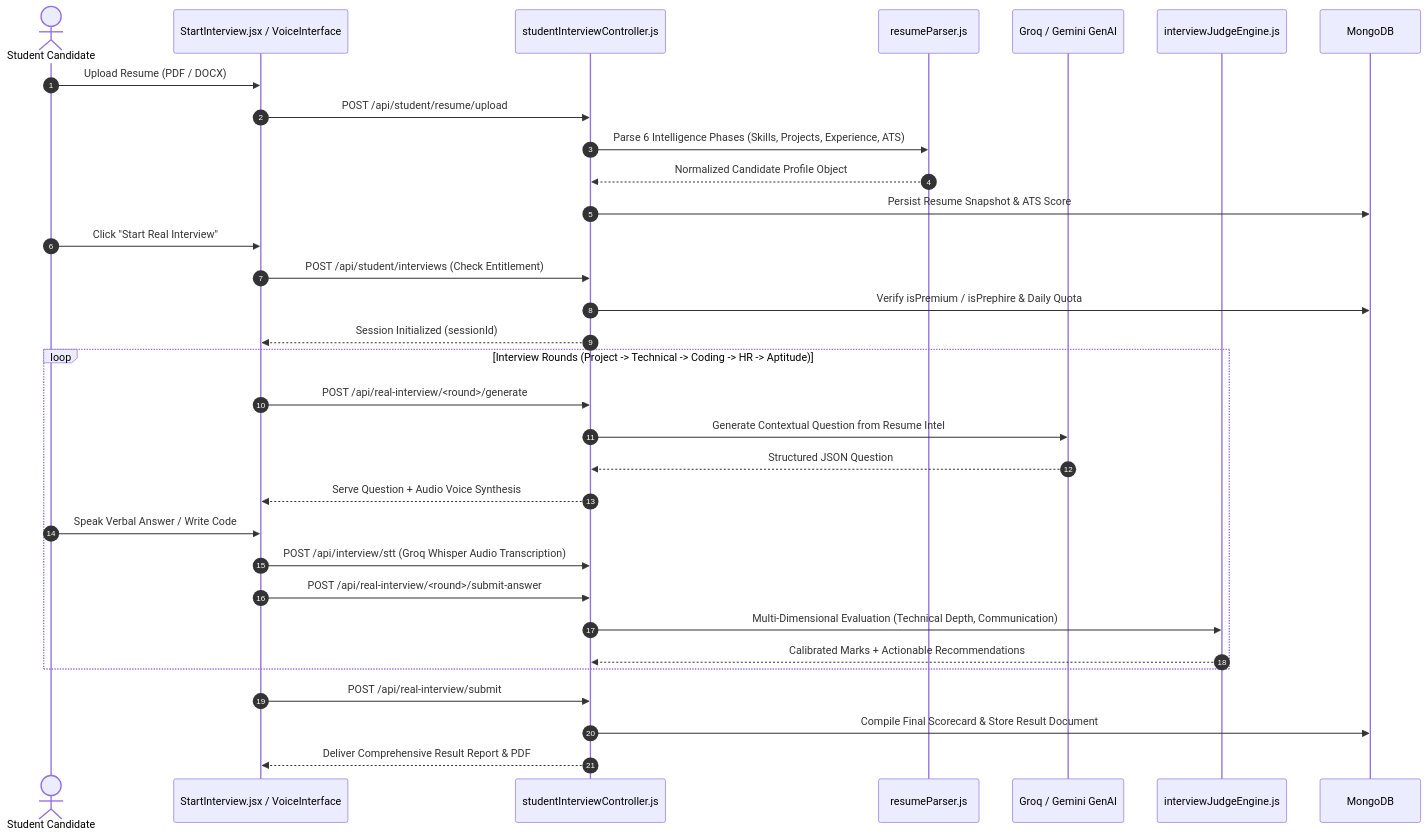
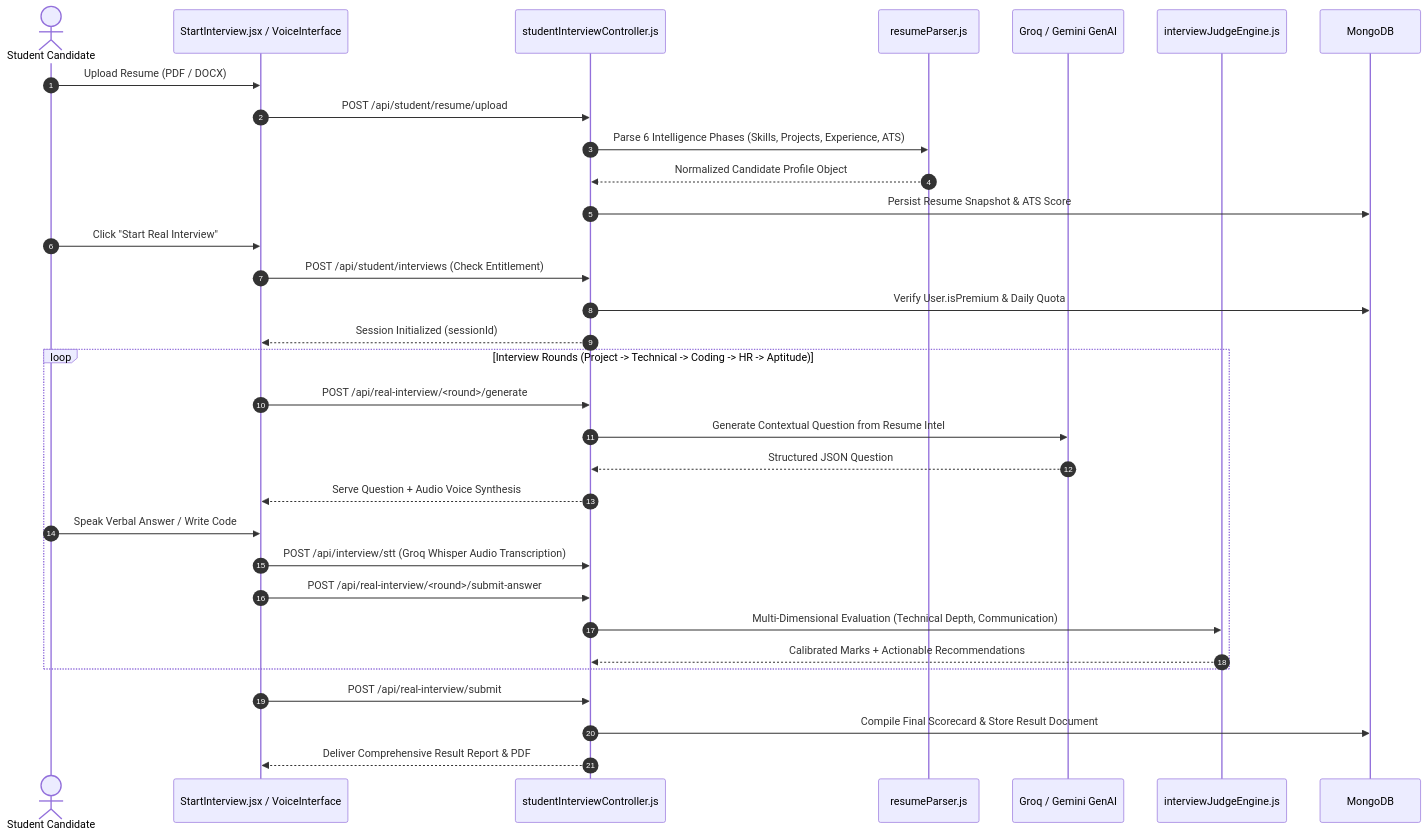
Before and after one commit to Tushar-3612/AI-Interview-Platform: the fourth of 9 diagrams in README.md, drawn with Mermaid. The commit also changed other lines of this file and 2 other files, not shown here.

Commit message:
fix: enforce admin-approved premium interview entitlement

````diff
--- a/README.md
+++ b/README.md
@@ -195,38 +195,38 @@
 ```mermaid
 sequenceDiagram
     autonumber
     actor Candidate as Student Candidate
     participant UI as StartInterview.jsx / VoiceInterface
     participant API as studentInterviewController.js
     participant Parser as resumeParser.js
     participant AI as Groq / Gemini GenAI
     participant Judge as interviewJudgeEngine.js
     participant DB as MongoDB
 
     Candidate->>UI: Upload Resume (PDF / DOCX)
     UI->>API: POST /api/student/resume/upload
     API->>Parser: Parse 6 Intelligence Phases (Skills, Projects, Experience, ATS)
     Parser-->>API: Normalized Candidate Profile Object
     API->>DB: Persist Resume Snapshot & ATS Score
 
     Candidate->>UI: Click "Start Real Interview"
     UI->>API: POST /api/student/interviews (Check Entitlement)
-    API->>DB: Verify isPremium / isPrephire & Daily Quota
+    API->>DB: Verify User.isPremium & Daily Quota
     API-->>UI: Session Initialized (sessionId)
 
     loop Interview Rounds (Project -> Technical -> Coding -> HR -> Aptitude)
         UI->>API: POST /api/real-interview/<round>/generate
         API->>AI: Generate Contextual Question from Resume Intel
         AI-->>API: Structured JSON Question
         API-->>UI: Serve Question + Audio Voice Synthesis
         Candidate->>UI: Speak Verbal Answer / Write Code
         UI->>API: POST /api/interview/stt (Groq Whisper Audio Transcription)
         UI->>API: POST /api/real-interview/<round>/submit-answer
         API->>Judge: Multi-Dimensional Evaluation (Technical Depth, Communication)
         Judge-->>API: Calibrated Marks + Actionable Recommendations
     end
 
     UI->>API: POST /api/real-interview/submit
     API->>DB: Compile Final Scorecard & Store Result Document
     API-->>UI: Deliver Comprehensive Result Report & PDF
 ```
````
